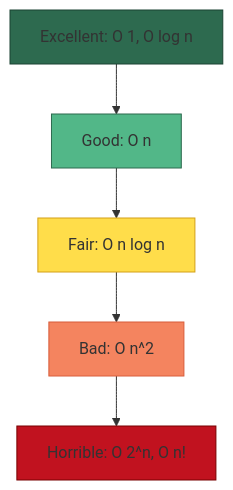
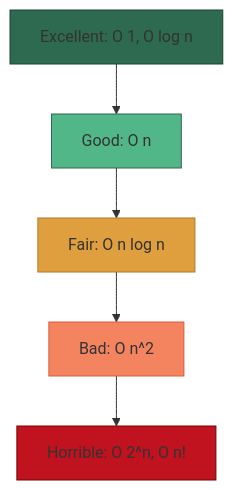
The seventh of 7 diagrams in data-structures-algorithms/README.md (MarkoLuna/SoftwareArchitecture), drawn with Mermaid before and after one commit.

Commit message:
docs: replace yellow Fair zone with higher-visibility orange-amber (#e09f3e)

````diff
--- a/data-structures-algorithms/README.md
+++ b/data-structures-algorithms/README.md
@@ -1232,13 +1232,13 @@
 ```mermaid
 graph TD
     Excellent[Excellent: O 1, O log n] --> Good[Good: O n]
     Good --> Fair[Fair: O n log n]
     Fair --> Bad[Bad: O n^2]
     Bad --> Horrible[Horrible: O 2^n, O n!]
     
     style Excellent fill:#2d6a4f,stroke:#1b4332
     style Good fill:#52b788,stroke:#2d6a4f
-    style Fair fill:#ffdd4a,stroke:#d4a017
+    style Fair fill:#e09f3e,stroke:#b07a28
     style Bad fill:#f4845f,stroke:#d85c3a
     style Horrible fill:#c1121f,stroke:#780000
 ```
````
